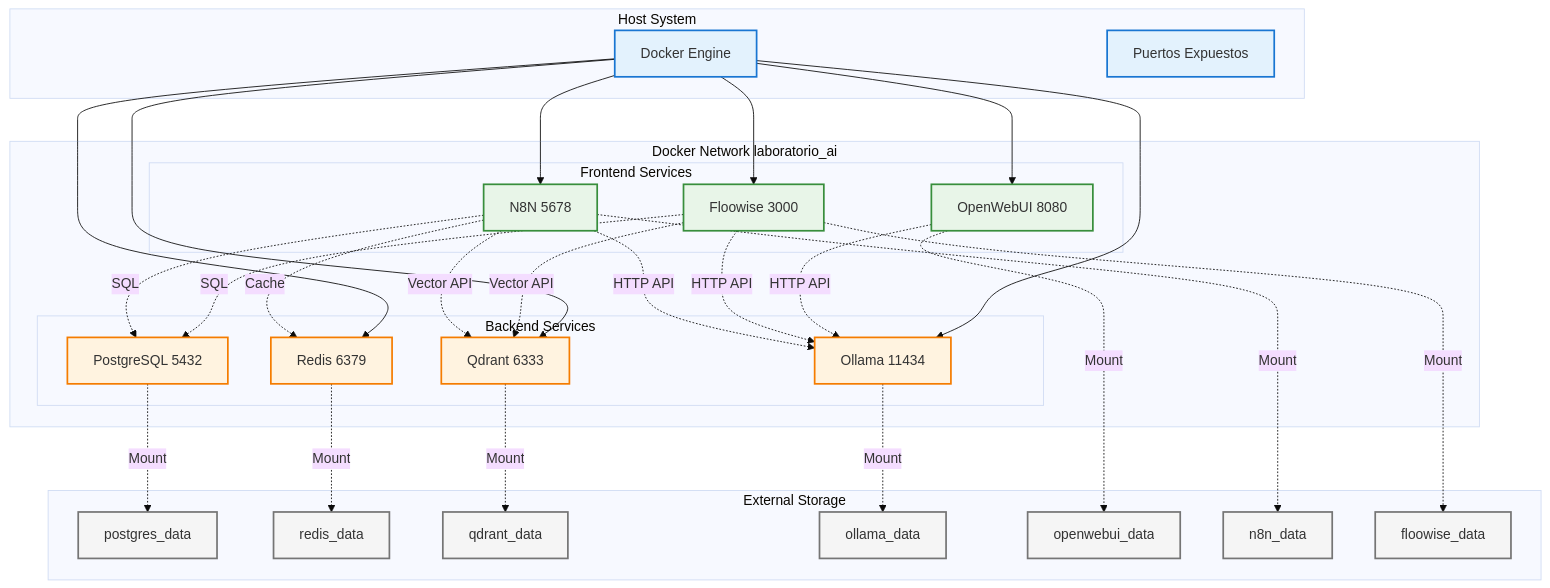
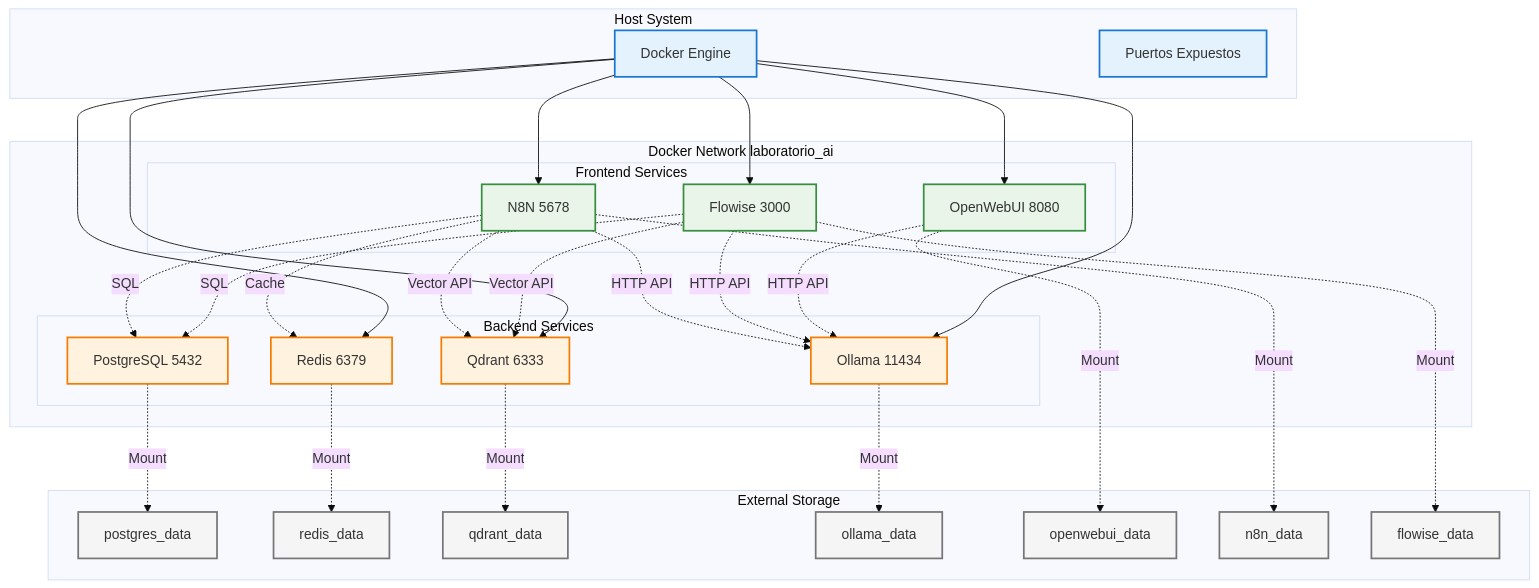
The eighth of 8 diagrams in README.md (EdissonGirald0/laboratorioAI), drawn with Mermaid (base theme) before and after one commit. The commit also changed other lines of this file and 12 other files, not shown here.

````diff
--- a/README.md
+++ b/README.md
@@ -531,66 +515,66 @@
 ```mermaid
 graph TB
     subgraph HostSystem ["Host System"]
         HOST["Docker Engine"]
         PORTS["Puertos Expuestos"]
     end
     
     subgraph DockerNetwork ["Docker Network laboratorio_ai"]
         subgraph Frontend ["Frontend Services"]
             UI["OpenWebUI 8080"]
             N8N["N8N 5678"]
-            FW["Floowise 3000"]
+            FW["Flowise 3000"]
         end
         
         subgraph Backend ["Backend Services"]
             OL["Ollama 11434"]
             PG["PostgreSQL 5432"]
             RD["Redis 6379"]
             QD["Qdrant 6333"]
         end
     end
     
     subgraph Storage ["External Storage"]
         VOL_PG["postgres_data"]
         VOL_RD["redis_data"]
         VOL_QD["qdrant_data"]
         VOL_OL["ollama_data"]
         VOL_UI["openwebui_data"]
         VOL_N8N["n8n_data"]
-        VOL_FW["floowise_data"]
+        VOL_FW["flowise_data"]
     end
     
     HOST --> UI
     HOST --> N8N
     HOST --> FW
     HOST --> QD
     HOST --> OL
     HOST --> RD
     
     UI -.->|HTTP API| OL
     FW -.->|SQL| PG
     FW -.->|Vector API| QD
     FW -.->|HTTP API| OL
     N8N -.->|HTTP API| OL
     N8N -.->|SQL| PG
     N8N -.->|Cache| RD
     N8N -.->|Vector API| QD
     
     PG -.->|Mount| VOL_PG
     RD -.->|Mount| VOL_RD
     QD -.->|Mount| VOL_QD
     OL -.->|Mount| VOL_OL
     UI -.->|Mount| VOL_UI
     N8N -.->|Mount| VOL_N8N
     FW -.->|Mount| VOL_FW
     
     classDef hostClass fill:#e3f2fd,stroke:#1976d2,stroke-width:2px
     classDef frontendClass fill:#e8f5e8,stroke:#388e3c,stroke-width:2px
     classDef backendClass fill:#fff3e0,stroke:#f57c00,stroke-width:2px
     classDef storageClass fill:#f5f5f5,stroke:#757575,stroke-width:2px
     
     class HOST,PORTS hostClass
     class UI,N8N,FW frontendClass
     class OL,PG,RD,QD backendClass
     class VOL_PG,VOL_RD,VOL_QD,VOL_OL,VOL_UI,VOL_N8N,VOL_FW storageClass
 ```
````
